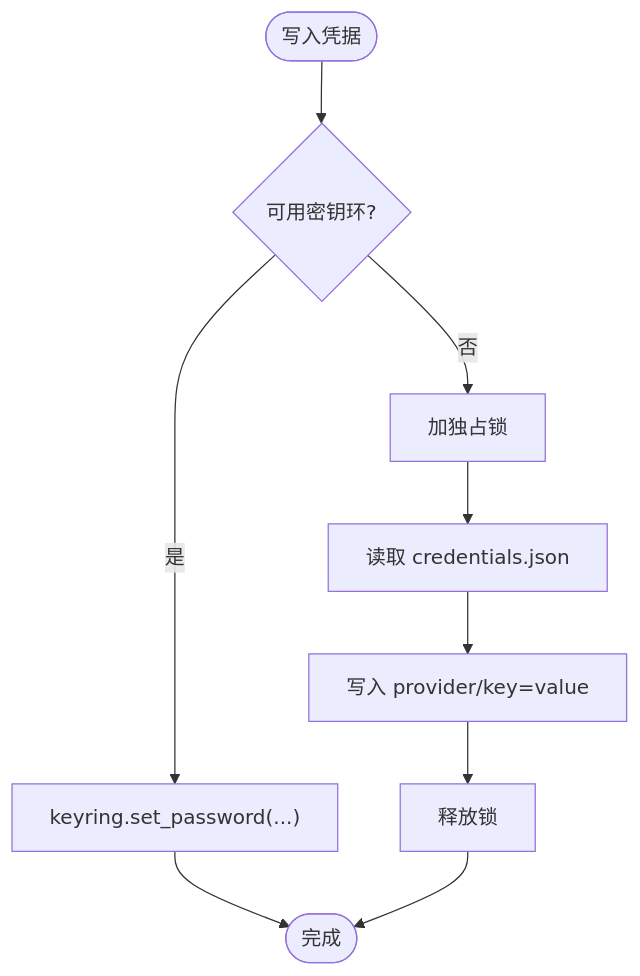
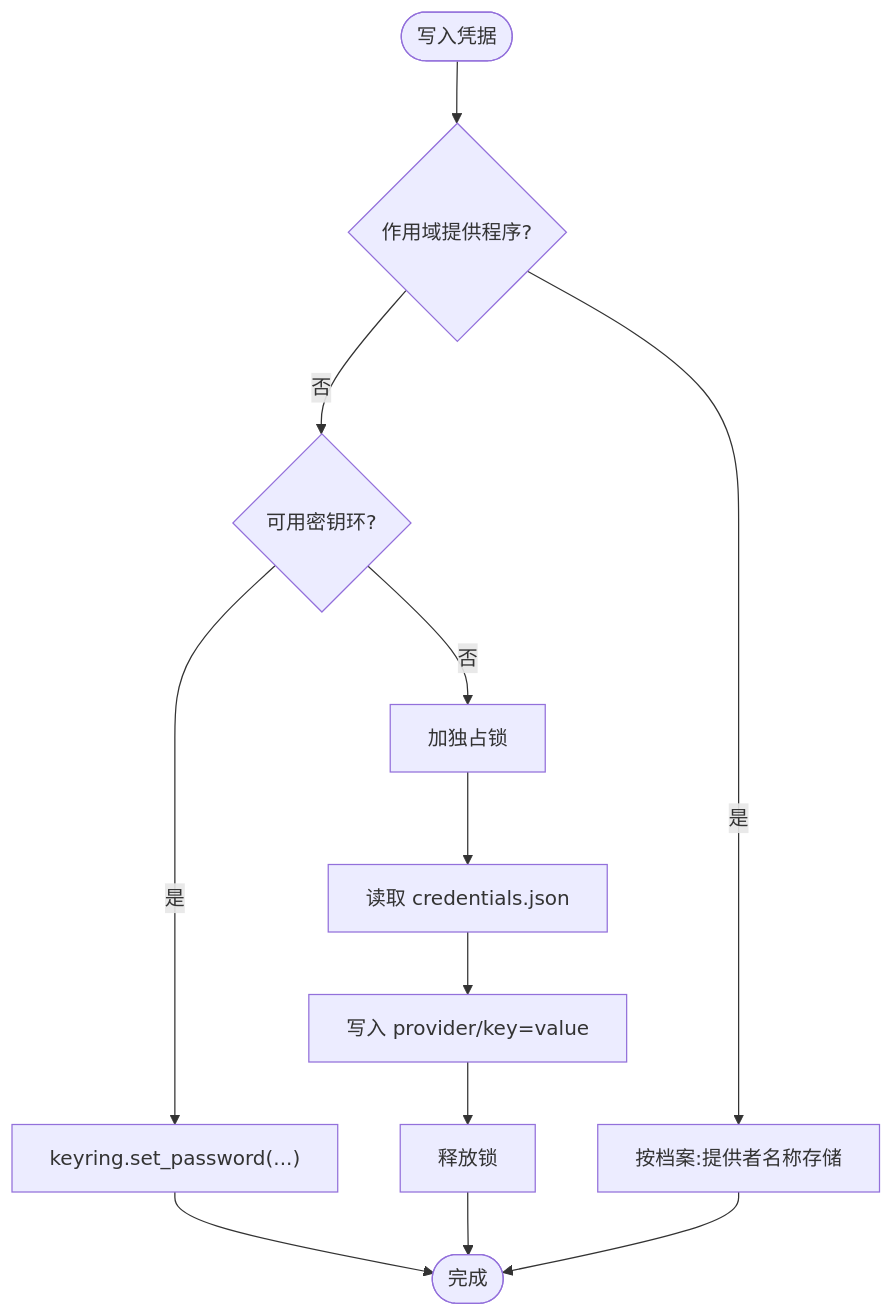
Before and after one commit to haolange/OpenHarness: the fourth of 8 diagrams in .qoder/repowiki/zh/content/AI 提供商集成/认证管理.md, drawn with Mermaid. The commit also changed other lines of this file and 5 other files, not shown here.

````diff
--- a/.qoder/repowiki/zh/content/AI 提供商集成/认证管理.md
+++ b/.qoder/repowiki/zh/content/AI 提供商集成/认证管理.md
@@ -195,11 +223,14 @@
 ```mermaid
 flowchart TD
-Start(["写入凭据"]) --> CheckKeyring{"可用密钥环?"}
+Start(["写入凭据"]) --> CheckScope{"作用域提供程序?"}
+CheckScope --> |是| ScopeStore["按档案:提供者名称存储"]
+CheckScope --> |否| CheckKeyring{"可用密钥环?"}
 CheckKeyring --> |是| UseKeyring["keyring.set_password(...)"]
 CheckKeyring --> |否| LockFile["加独占锁"]
 LockFile --> LoadJSON["读取 credentials.json"]
 LoadJSON --> SaveJSON["写入 provider/key=value"]
 SaveJSON --> Unlock["释放锁"]
 UseKeyring --> End(["完成"])
 Unlock --> End
+ScopeStore --> End
 ```
````
